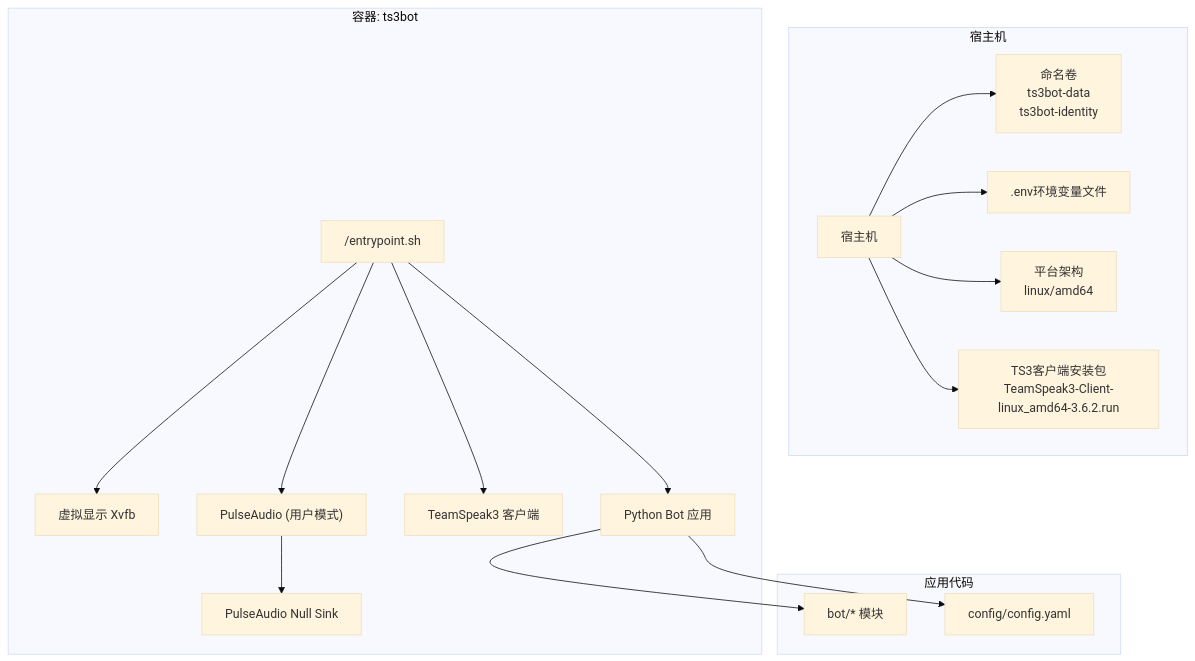
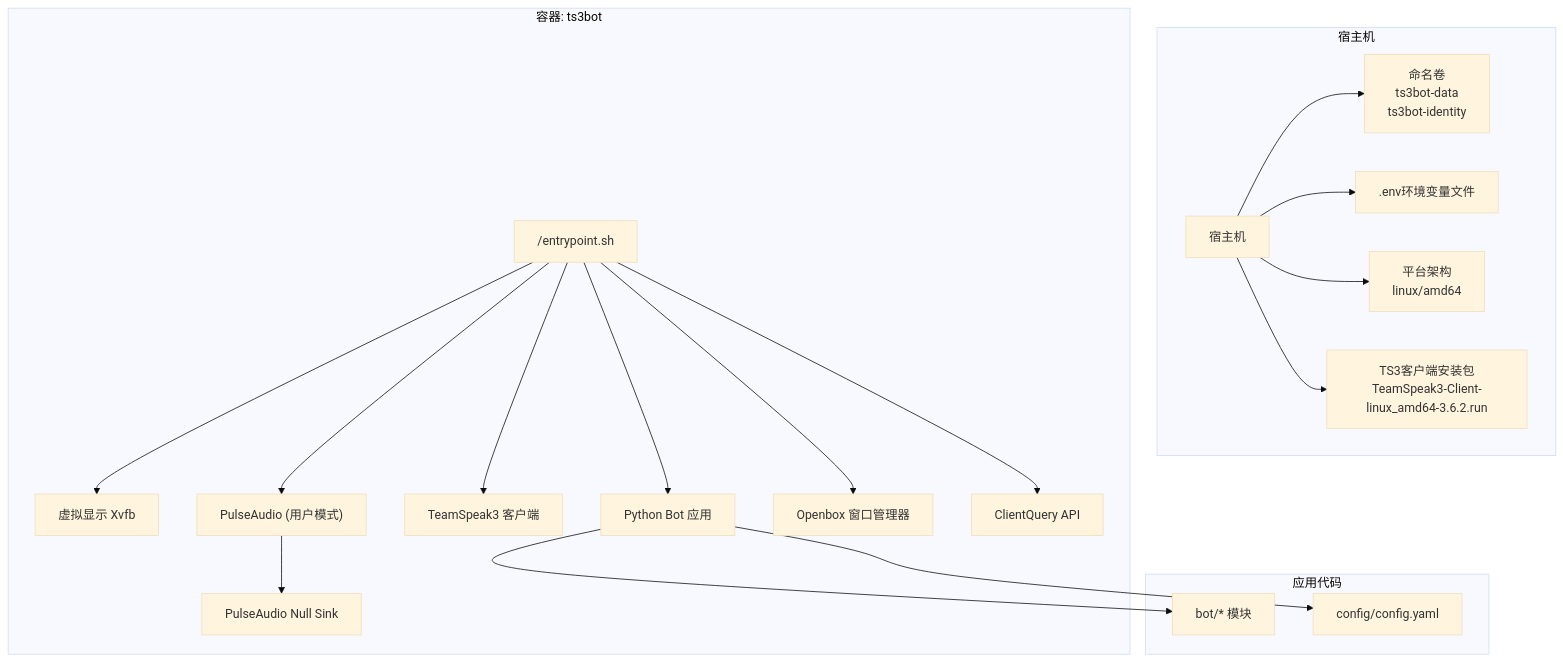
Before and after one commit to GhoulOwl/Teamspeak3_Bot: the first of 3 diagrams in .qoder/repowiki/zh/content/部署和运维/Docker容器化部署.md, drawn with Mermaid (base theme). The commit also changed other lines of this file and 7 other files, not shown here.

````diff
--- a/.qoder/repowiki/zh/content/部署和运维/Docker容器化部署.md
+++ b/.qoder/repowiki/zh/content/部署和运维/Docker容器化部署.md
@@ -56,33 +50,37 @@
 ```mermaid
 graph TB
 subgraph "宿主机"
 Host["宿主机"]
 Volumes["命名卷<br/>ts3bot-data<br/>ts3bot-identity"]
 Env[".env环境变量文件"]
 Platform["平台架构<br/>linux/amd64"]
 TS3Installer["TS3客户端安装包<br/>TeamSpeak3-Client-linux_amd64-3.6.2.run"]
 end
 subgraph "容器: ts3bot"
 Entrypoint["/entrypoint.sh"]
 Xvfb["虚拟显示 Xvfb"]
 Pulse["PulseAudio (用户模式)"]
 NullSink["PulseAudio Null Sink"]
 TS3Client["TeamSpeak3 客户端"]
 Bot["Python Bot 应用"]
+Openbox["Openbox 窗口管理器"]
+ClientQuery["ClientQuery API"]
 end
 subgraph "应用代码"
 BotCode["bot/* 模块"]
 Config["config/config.yaml"]
 end
 Host --> Volumes
 Host --> Env
 Host --> Platform
 Host --> TS3Installer
 Entrypoint --> Xvfb
 Entrypoint --> Pulse
 Pulse --> NullSink
 Entrypoint --> TS3Client
 Entrypoint --> Bot
+Entrypoint --> Openbox
+Entrypoint --> ClientQuery
 Bot --> BotCode
 Bot --> Config
 ```
````
